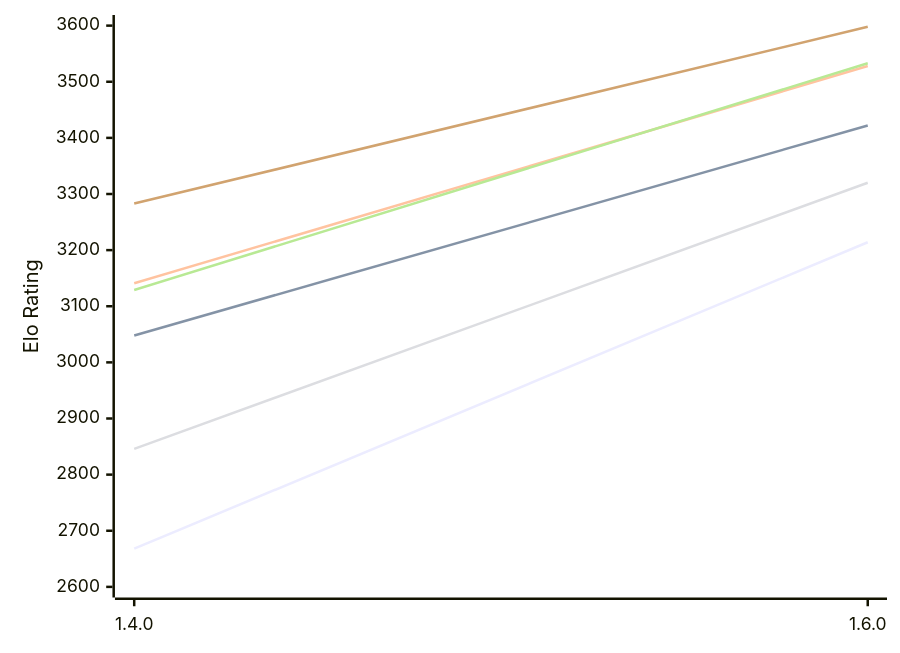
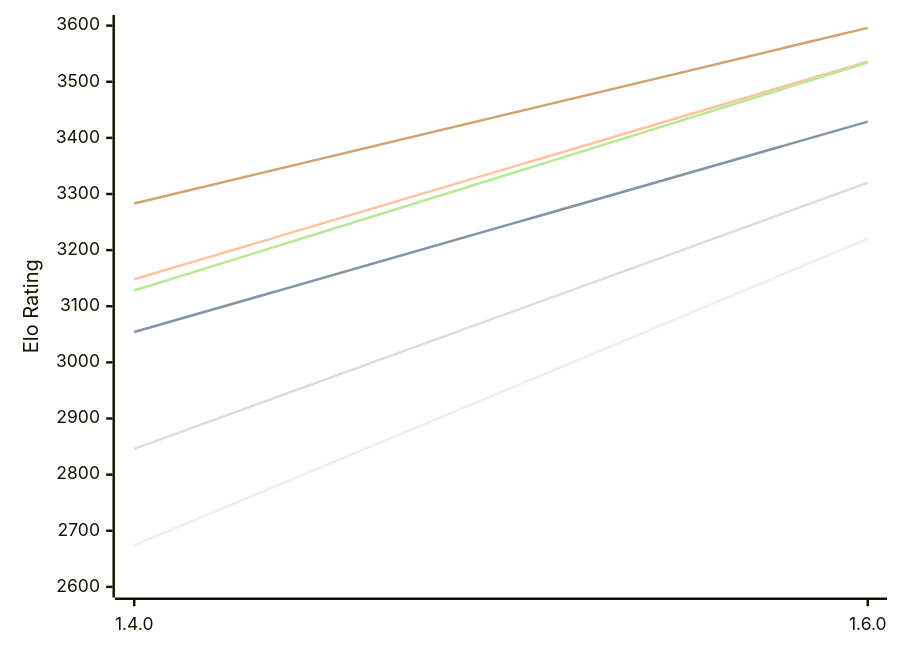
Before and after one commit to computer-chess-index/cci: the first of 2 diagrams in engines/Gyatso.md, drawn with Mermaid. The commit also changed other lines of this file, not shown here.

Commit message:
Update CCI Ratings (ELO VLTC) - 2026-11-10

````diff
--- a/engines/Gyatso.md
+++ b/engines/Gyatso.md
@@ -53,12 +53,12 @@
 ```mermaid
 %%{init: {"theme":"base","themeVariables":{"seriesColors:['#a3a3a3','#222221','#faa371']}}}%%
 xychart-beta
   x-axis ["1.4.0", "1.6.0"]
   y-axis "Elo Rating" 2600 --> 3600
-  line "E1: STC (8.0+0.08s)" [2668, 3214]
-  line "E1: LTC (60.0+0.60s)" [3048, 3422]
-  line "E1: VLTC (2m24s+1.12s)" [3141, 3528]
+  line "E1: STC (8.0+0.08s)" [2674, 3220]
+  line "E1: LTC (60.0+0.60s)" [3054, 3429]
+  line "E1: VLTC (2m24s+1.12s)" [3148, 3536]
   line "P1: STC (8.0+0.08s)" [2846, 3320]
-  line "P1: LTC (60.0+0.60s)" [3129, 3533]
-  line "P1: VLTC (2m24s+1.12s)" [3283, 3598]
+  line "P1: LTC (60.0+0.60s)" [3128, 3534]
+  line "P1: VLTC (2m24s+1.12s)" [3283, 3596]
 ```
````
